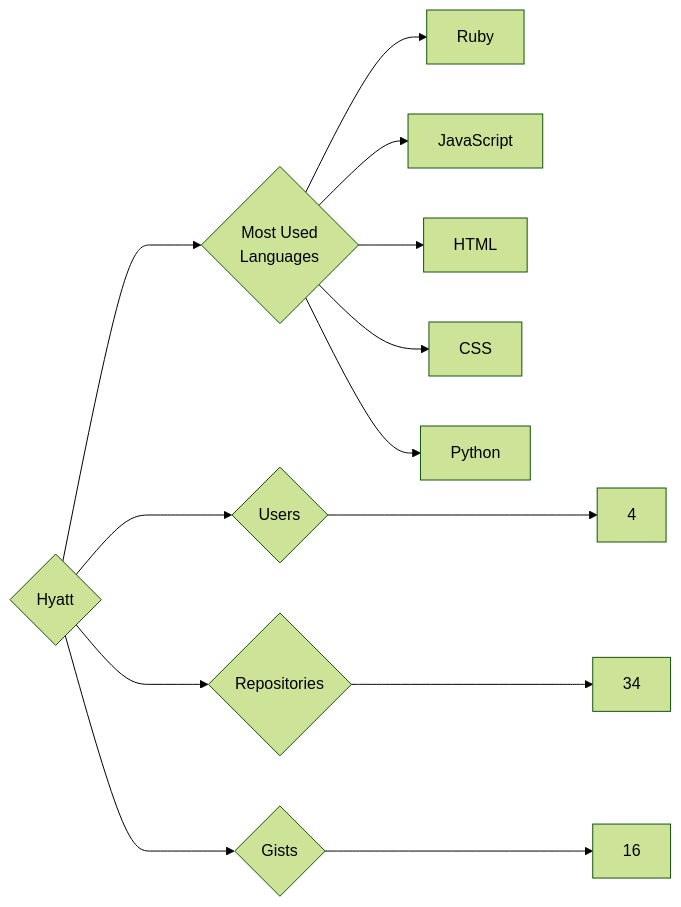
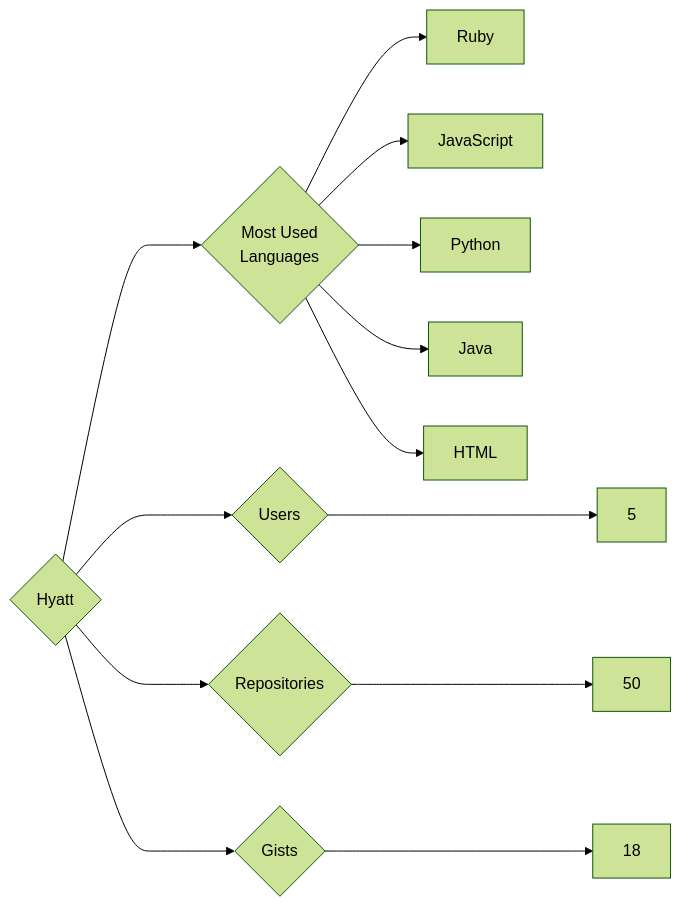
Before and after one commit to trickest/insiders: the diagram in targets/Hyatt/README.md, drawn with Mermaid (forest theme). The commit also changed 1007 other files, not shown here.

````diff
--- a/targets/Hyatt/README.md
+++ b/targets/Hyatt/README.md
@@ -3,13 +3,13 @@
 ```mermaid
 graph LR
 COMPANY_NAME{Hyatt}
-COMPANY_NAME ---> U{Users} ---> UN[4]
-COMPANY_NAME ---> R{Repositories} ---> RN[34]
-COMPANY_NAME ---> G{Gists} ---> GN[16]
+COMPANY_NAME ---> U{Users} ---> UN[5]
+COMPANY_NAME ---> R{Repositories} ---> RN[50]
+COMPANY_NAME ---> G{Gists} ---> GN[18]
 COMPANY_NAME ---> ML{Most Used<br>Languages}
 ML --> Ruby[Ruby]
 ML --> JavaScript[JavaScript]
+ML --> Python[Python]
+ML --> Java[Java]
 ML --> HTML[HTML]
-ML --> CSS[CSS]
-ML --> Python[Python]
 ```
````
